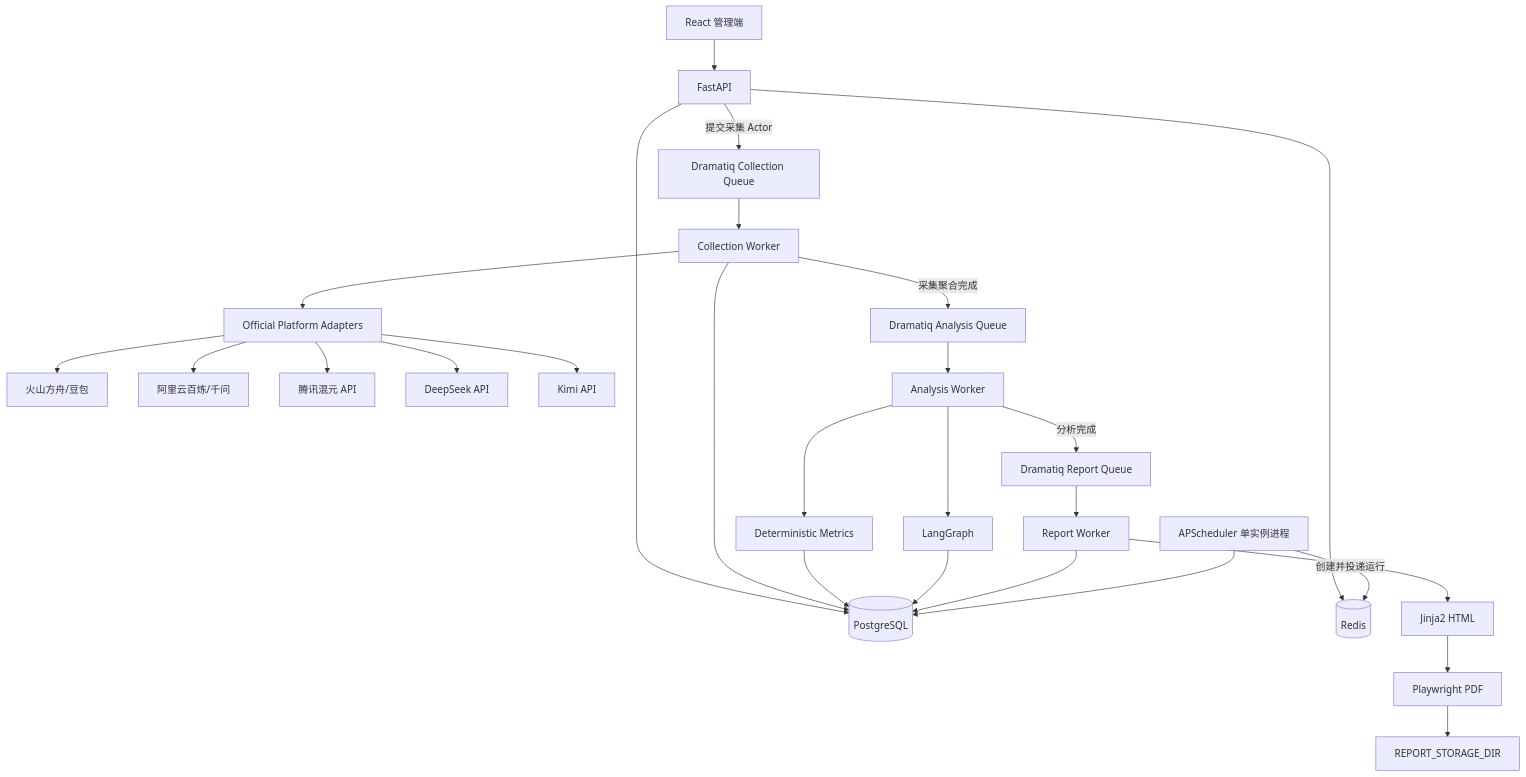
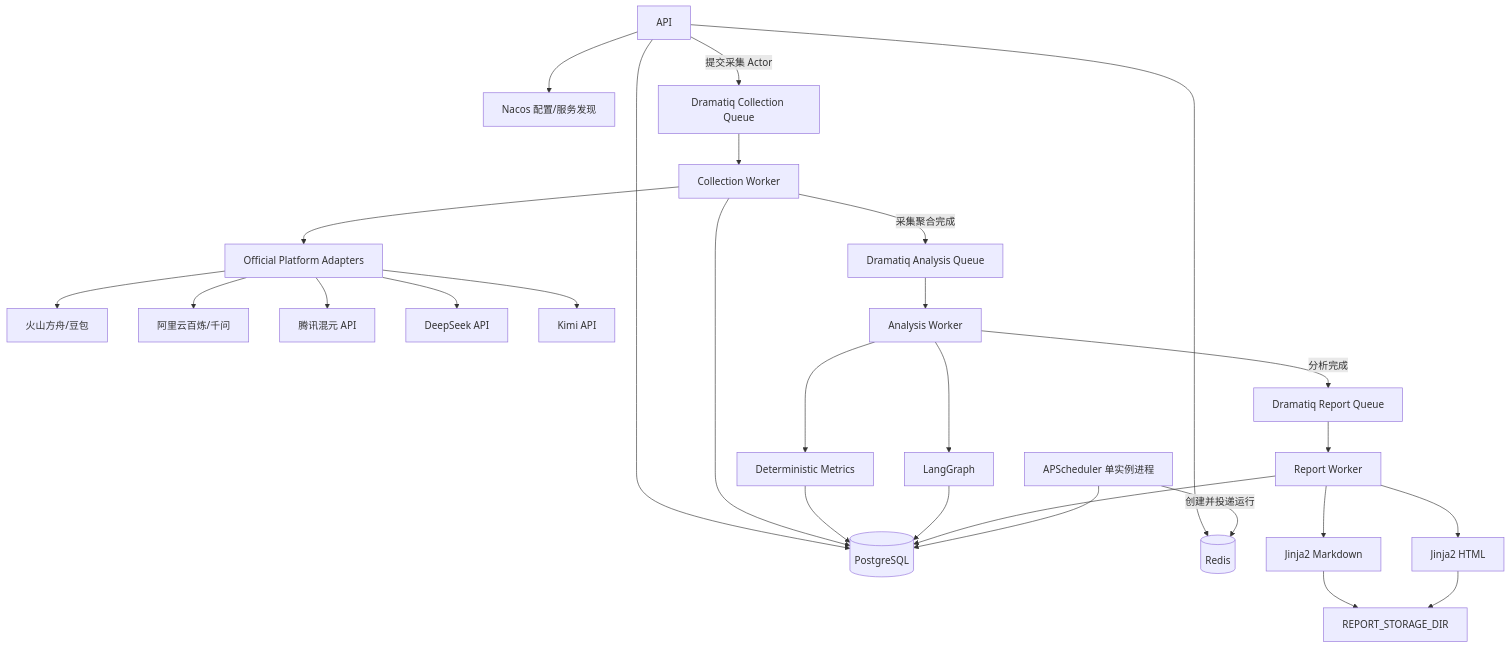
One commit to ZengZhiYuan/GEO-Platform changed the first of 2 diagrams in AI应用监测_技术开发文档.md. Above: the diagram before and after it, drawn with Mermaid. The commit also changed other lines of this file and 12 other files, not shown here.

````diff
--- a/AI应用监测_技术开发文档.md
+++ b/AI应用监测_技术开发文档.md
@@ -219,33 +219,34 @@
 ```mermaid
 flowchart TB
-    FE[React 管理端] --> API[FastAPI]
     API --> PG[(PostgreSQL)]
     API --> REDIS[(Redis)]
+    API --> NACOS[Nacos 配置/服务发现]
 
     API -->|提交采集 Actor| CQ[Dramatiq Collection Queue]
     CQ --> CW[Collection Worker]
     CW --> ADAPTER[Official Platform Adapters]
     ADAPTER --> DOU[火山方舟/豆包]
     ADAPTER --> QWEN[阿里云百炼/千问]
     ADAPTER --> HY[腾讯混元 API]
     ADAPTER --> DS[DeepSeek API]
     ADAPTER --> KIMI[Kimi API]
     CW --> PG
 
     CW -->|采集聚合完成| AQ[Dramatiq Analysis Queue]
     AQ --> AW[Analysis Worker]
     AW --> METRIC[Deterministic Metrics]
     AW --> GRAPH[LangGraph]
     METRIC --> PG
     GRAPH --> PG
 
     AW -->|分析完成| RQ[Dramatiq Report Queue]
     RQ --> RW[Report Worker]
+    RW --> MD[Jinja2 Markdown]
     RW --> HTML[Jinja2 HTML]
-    HTML --> PDF[Playwright PDF]
-    PDF --> FILES[REPORT_STORAGE_DIR]
+    MD --> FILES[REPORT_STORAGE_DIR]
+    HTML --> FILES
     RW --> PG
 
     SCHED[APScheduler 单实例进程] --> PG
     SCHED -->|创建并投递运行| REDIS
 ```
````
